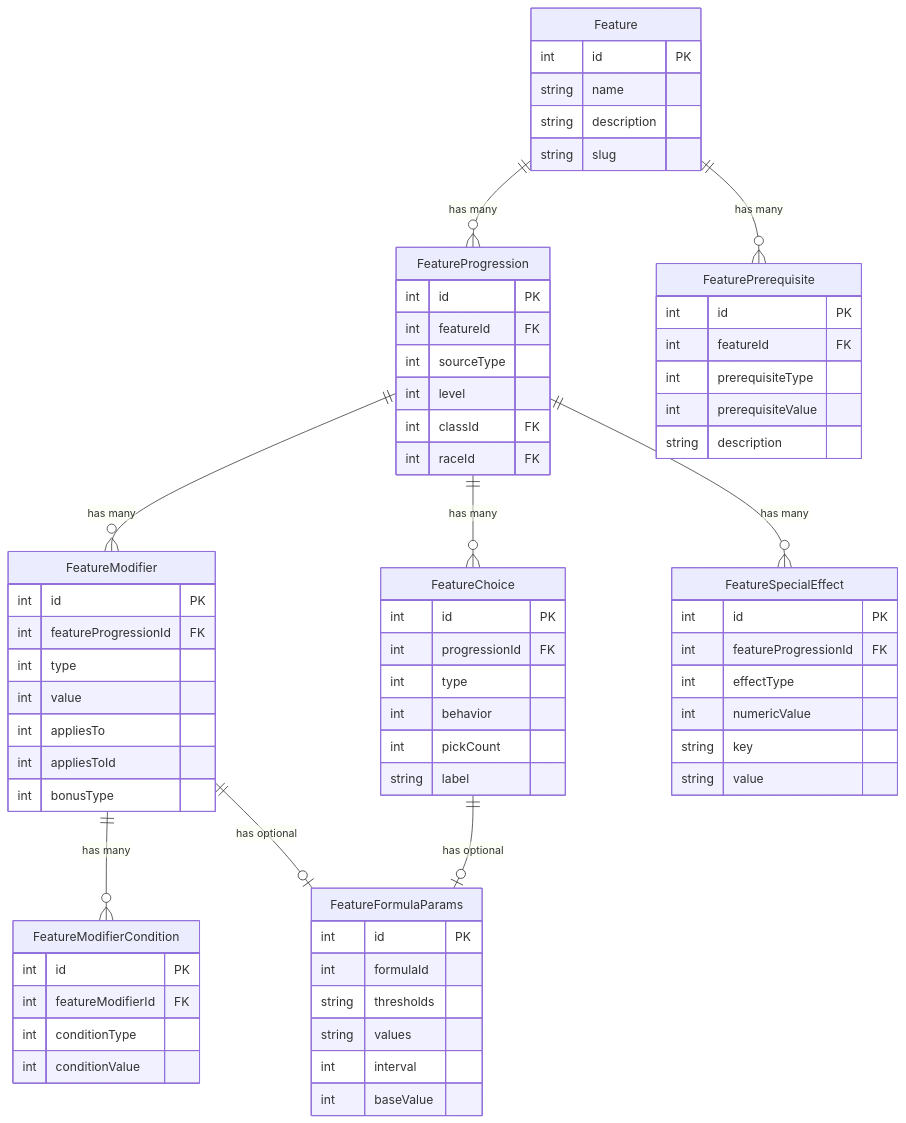
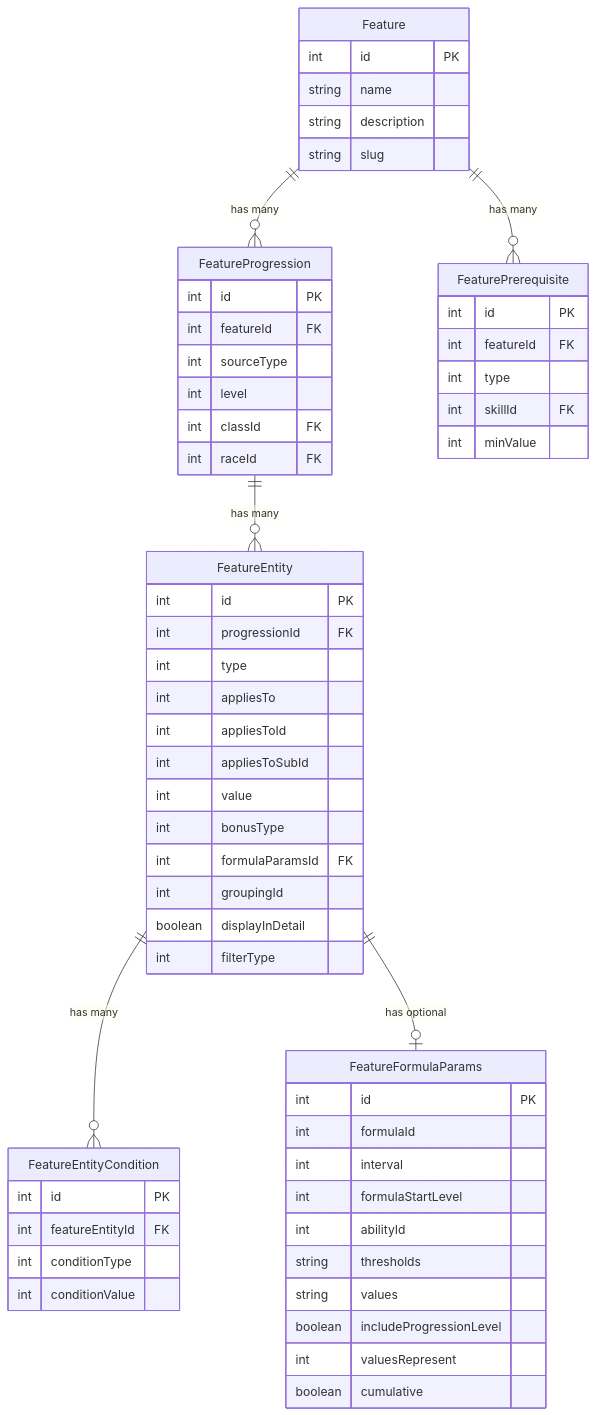
One commit to Cezero/dnd_tools changed the diagram in packages/shared/docs/feature-system/architecture-principles.md. Above: the diagram before and after it, drawn with Mermaid. The commit also changed other lines of this file and 66 other files, not shown here.

````diff
--- a/packages/shared/docs/feature-system/architecture-principles.md
+++ b/packages/shared/docs/feature-system/architecture-principles.md
@@ -87,80 +87,68 @@
 ```mermaid
 erDiagram
     Feature ||--o{ FeatureProgression : "has many"
     Feature ||--o{ FeaturePrerequisite : "has many"
-    FeatureProgression ||--o{ FeatureModifier : "has many"
-    FeatureProgression ||--o{ FeatureChoice : "has many"
-    FeatureProgression ||--o{ FeatureSpecialEffect : "has many"
+    FeatureProgression ||--o{ FeatureEntity : "has many"
     
-    FeatureModifier ||--o{ FeatureModifierCondition : "has many"
-    FeatureModifier ||--o| FeatureFormulaParams : "has optional"
-    FeatureChoice ||--o| FeatureFormulaParams : "has optional"
+    FeatureEntity ||--o{ FeatureEntityCondition : "has many"
+    FeatureEntity ||--o| FeatureFormulaParams : "has optional"
     
     Feature {
         int id PK
         string name
         string description
         string slug
     }
     
     FeatureProgression {
         int id PK
         int featureId FK
         int sourceType
         int level
         int classId FK
         int raceId FK
     }
     
     FeaturePrerequisite {
         int id PK
         int featureId FK
-        int prerequisiteType
-        int prerequisiteValue
-        string description
+        int type
+        int skillId FK
+        int minValue
     }
     
-    FeatureModifier {
-        int id PK
-        int featureProgressionId FK
-        int type
-        int value
-        int appliesTo
-        int appliesToId
-        int bonusType
-    }
-    
-    FeatureChoice {
+    FeatureEntity {
         int id PK
         int progressionId FK
         int type
-        int behavior
-        int pickCount
-        string label
+        int appliesTo
+        int appliesToId
+        int appliesToSubId
+        int value
+        int bonusType
+        int formulaParamsId FK
+        int groupingId
+        boolean displayInDetail
+        int filterType
     }
     
-    FeatureSpecialEffect {
+    FeatureEntityCondition {
         int id PK
-        int featureProgressionId FK
-        int effectType
-        int numericValue
-        string key
-        string value
-    }
-    
-    FeatureModifierCondition {
-        int id PK
-        int featureModifierId FK
+        int featureEntityId FK
         int conditionType
         int conditionValue
     }
     
     FeatureFormulaParams {
         int id PK
         int formulaId
+        int interval
+        int formulaStartLevel
+        int abilityId
         string thresholds
         string values
-        int interval
-        int baseValue
+        boolean includeProgressionLevel
+        int valuesRepresent
+        boolean cumulative
     }
 ```
````
